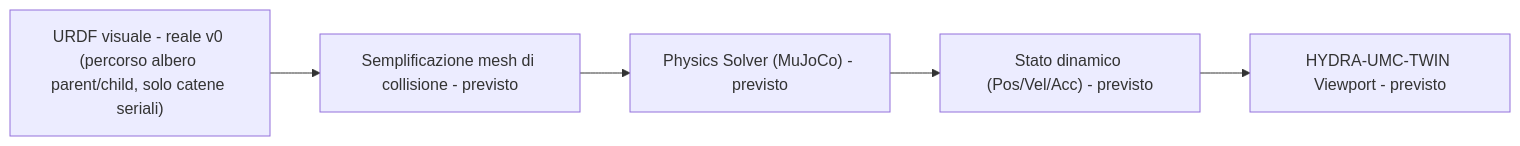
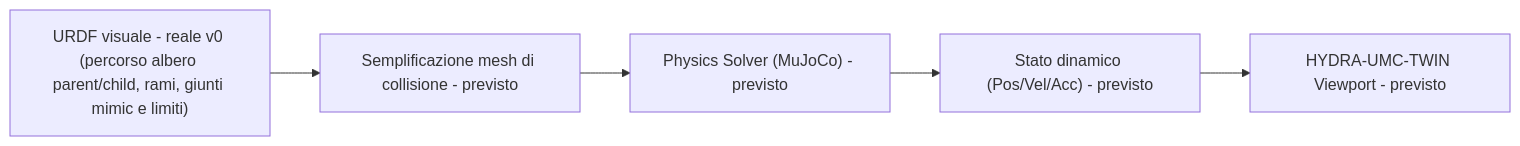
The diagram in README_ita.md (JuanenRac/HYDRA-UMC-PHYSICS-REPLICA), drawn with Mermaid before and after one commit. The commit also changed other lines of this file and 15 other files, not shown here.

Commit message:
Read a branching URDF whole, follow mimic joints and check soft, velocity and effort limits

````diff
--- a/README_ita.md
+++ b/README_ita.md
@@ -57,7 +57,7 @@
 ```mermaid
 flowchart LR
-    URDF["URDF visuale - reale v0 (percorso albero parent/child, solo catene seriali)"] --> MESH["Semplificazione mesh di collisione - previsto"]
+    URDF["URDF visuale - reale v0 (percorso albero parent/child, rami, giunti mimic e limiti)"] --> MESH["Semplificazione mesh di collisione - previsto"]
     MESH --> SOLVE["Physics Solver (MuJoCo) - previsto"]
     SOLVE --> DYN["Stato dinamico (Pos/Vel/Acc) - previsto"]
     DYN --> TWIN["HYDRA-UMC-TWIN Viewport - previsto"]
 ```
````
